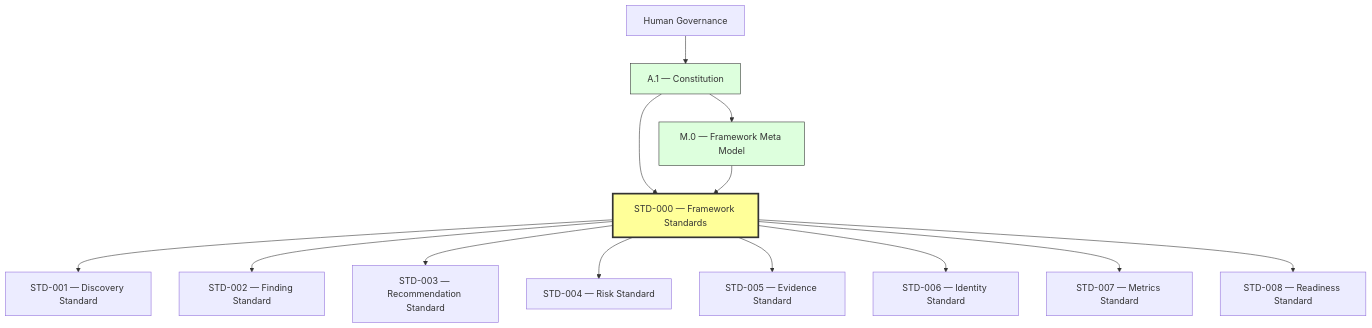
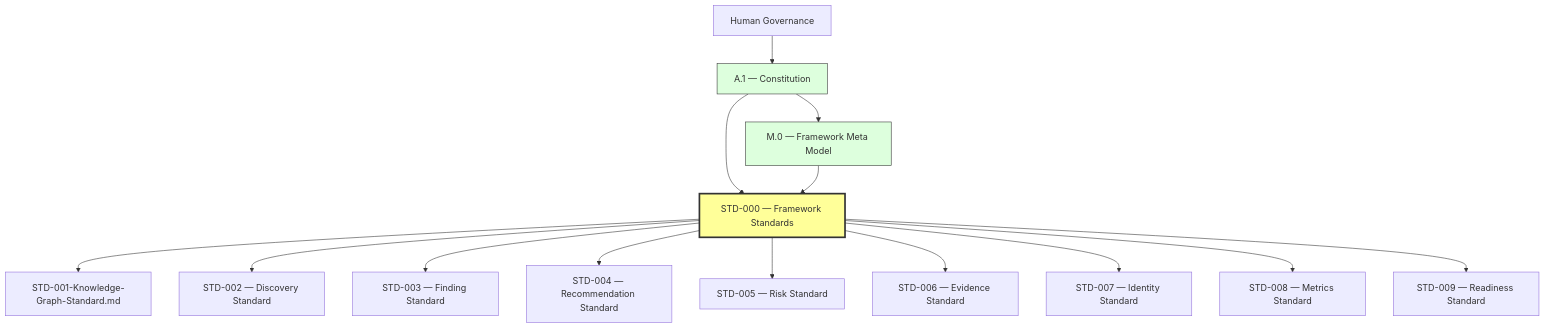
Before and after one commit to doallon/forge-ai: the first of 16 diagrams in docs/AI/Architecture/Standards/STD-000-Framework-Standards.md, drawn with Mermaid. The commit also changed other lines of this file and 22 other files, not shown here.

````diff
--- a/docs/AI/Architecture/Standards/STD-000-Framework-Standards.md
+++ b/docs/AI/Architecture/Standards/STD-000-Framework-Standards.md
@@ -104,19 +104,20 @@
 ```mermaid
 graph TD
     HG["Human Governance"] --> CONST["A.1 — Constitution"]
     CONST --> M0["M.0 — Framework Meta Model"]
     CONST --> STD000["STD-000 — Framework Standards"]
-    M0 --> STD000
-    STD000 --> STD001["STD-001 — Discovery Standard"]
-    STD000 --> STD002["STD-002 — Finding Standard"]
-    STD000 --> STD003["STD-003 — Recommendation Standard"]
-    STD000 --> STD004["STD-004 — Risk Standard"]
-    STD000 --> STD005["STD-005 — Evidence Standard"]
-    STD000 --> STD006["STD-006 — Identity Standard"]
-    STD000 --> STD007["STD-007 — Metrics Standard"]
-    STD000 --> STD008["STD-008 — Readiness Standard"]
+    M0 --> STD000    
+    STD000 --> STD001["STD-001-Knowledge-Graph-Standard.md"]
+    STD000 --> STD002["STD-002 — Discovery Standard"]
+    STD000 --> STD003["STD-003 — Finding Standard"]
+    STD000 --> STD004["STD-004 — Recommendation Standard"]
+    STD000 --> STD005["STD-005 — Risk Standard"]
+    STD000 --> STD006["STD-006 — Evidence Standard"]
+    STD000 --> STD007["STD-007 — Identity Standard"]
+    STD000 --> STD008["STD-008 — Metrics Standard"]
+    STD000 --> STD009["STD-009 — Readiness Standard"]
 
     style STD000 fill:#ff9,stroke:#333,stroke-width:3px
     style CONST fill:#dfd,stroke:#333
     style M0 fill:#dfd,stroke:#333
 ```
````
